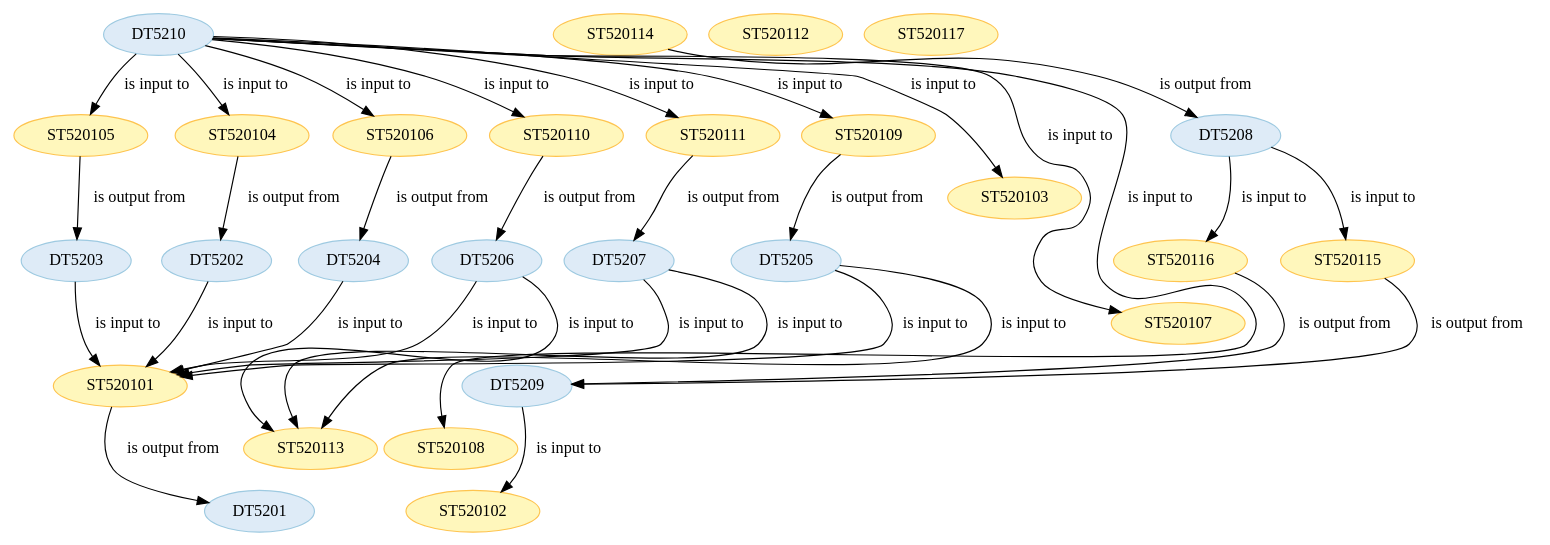
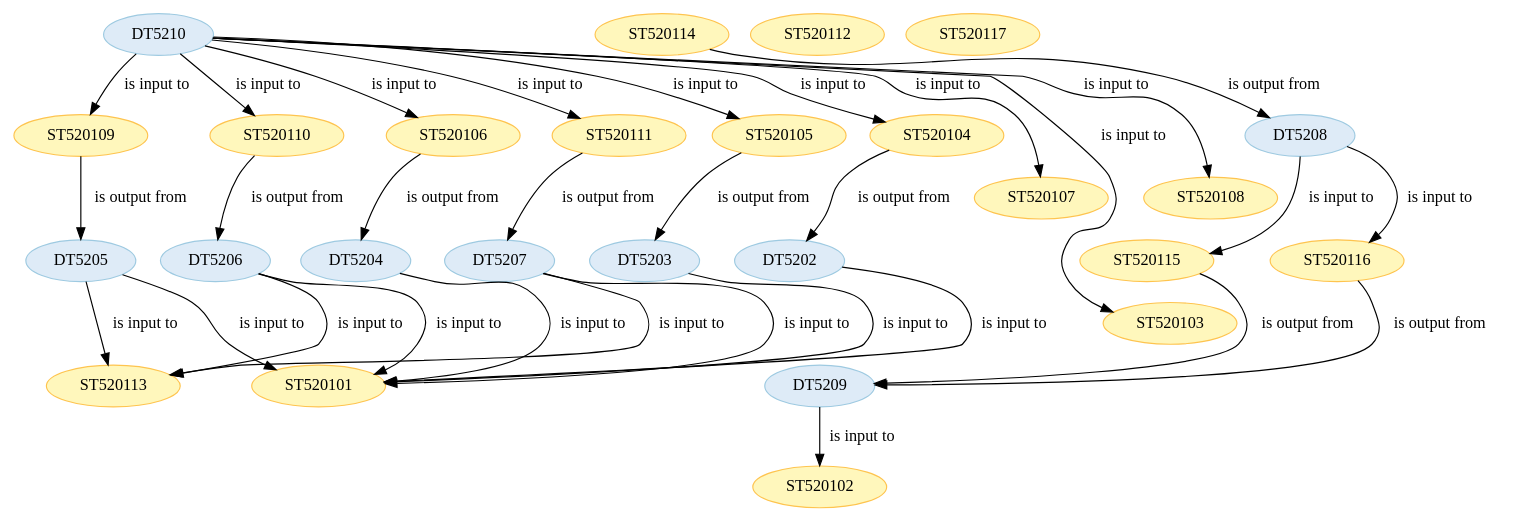
One commit to Marco-Salvi/cwl-test changed the diagram in wf5201/steps.dot. Above: the diagram before and after it, drawn with Graphviz. The commit also changed 28 other files, not shown here.

```diff
--- a/wf5201/steps.dot
+++ b/wf5201/steps.dot
@@ -1,120 +1,116 @@
 strict digraph {
 
-
-	"ST520105" [ color="2", colorscheme="ylorbr3", fillcolor="1", style="filled",  weight=0 ];
-
-	"ST520105" -> "DT5203" [ label="is output from", labeltooltip="DT5203 - is output from - ST520105",  weight=0 ];
-
-	"ST520103" [ color="2", colorscheme="ylorbr3", fillcolor="1", style="filled",  weight=0 ];
-
-	"ST520102" [ color="2", colorscheme="ylorbr3", fillcolor="1", style="filled",  weight=0 ];
-
-	"ST520104" [ color="2", colorscheme="ylorbr3", fillcolor="1", style="filled",  weight=0 ];
-
-	"ST520104" -> "DT5202" [ label="is output from", labeltooltip="DT5202 - is output from - ST520104",  weight=0 ];
-
-	"ST520106" [ color="2", colorscheme="ylorbr3", fillcolor="1", style="filled",  weight=0 ];
-
-	"ST520106" -> "DT5204" [ label="is output from", labeltooltip="DT5204 - is output from - ST520106",  weight=0 ];
-
-	"ST520110" [ color="2", colorscheme="ylorbr3", fillcolor="1", style="filled",  weight=0 ];
-
-	"ST520110" -> "DT5206" [ label="is output from", labeltooltip="DT5206 - is output from - ST520110",  weight=0 ];
-
-	"ST520112" [ color="2", colorscheme="ylorbr3", fillcolor="1", style="filled",  weight=0 ];
-
-	"DT5202" [ color="2", colorscheme="blues3", fillcolor="1", style="filled",  weight=0 ];
-
-	"DT5202" -> "ST520101" [ label="is input to", labeltooltip="DT5202 - is input to - ST520101",  weight=0 ];
-
-	"ST520117" [ color="2", colorscheme="ylorbr3", fillcolor="1", style="filled",  weight=0 ];
 
 	"DT5206" [ color="2", colorscheme="blues3", fillcolor="1", style="filled",  weight=0 ];
 
 	"DT5206" -> "ST520101" [ label="is input to", labeltooltip="DT5206 - is input to - ST520101",  weight=0 ];
 
 	"DT5206" -> "ST520113" [ label="is input to", labeltooltip="DT5206 - is input to - ST520113",  weight=0 ];
 
+	"ST520107" [ color="2", colorscheme="ylorbr3", fillcolor="1", style="filled",  weight=0 ];
+
+	"DT5208" [ color="2", colorscheme="blues3", fillcolor="1", style="filled",  weight=0 ];
+
+	"DT5208" -> "ST520115" [ label="is input to", labeltooltip="DT5208 - is input to - ST520115",  weight=0 ];
+
+	"DT5208" -> "ST520116" [ label="is input to", labeltooltip="DT5208 - is input to - ST520116",  weight=0 ];
+
+	"ST520104" [ color="2", colorscheme="ylorbr3", fillcolor="1", style="filled",  weight=0 ];
+
+	"ST520104" -> "DT5202" [ label="is output from", labeltooltip="DT5202 - is output from - ST520104",  weight=0 ];
+
+	"DT5202" [ color="2", colorscheme="blues3", fillcolor="1", style="filled",  weight=0 ];
+
+	"DT5202" -> "ST520101" [ label="is input to", labeltooltip="DT5202 - is input to - ST520101",  weight=0 ];
+
+	"ST520103" [ color="2", colorscheme="ylorbr3", fillcolor="1", style="filled",  weight=0 ];
+
+	"ST520112" [ color="2", colorscheme="ylorbr3", fillcolor="1", style="filled",  weight=0 ];
+
+	"ST520102" [ color="2", colorscheme="ylorbr3", fillcolor="1", style="filled",  weight=0 ];
+
 	"ST520111" [ color="2", colorscheme="ylorbr3", fillcolor="1", style="filled",  weight=0 ];
 
 	"ST520111" -> "DT5207" [ label="is output from", labeltooltip="DT5207 - is output from - ST520111",  weight=0 ];
+
+	"ST520114" [ color="2", colorscheme="ylorbr3", fillcolor="1", style="filled",  weight=0 ];
+
+	"ST520114" -> "DT5208" [ label="is output from", labeltooltip="DT5208 - is output from - ST520114",  weight=0 ];
+
+	"DT5204" [ color="2", colorscheme="blues3", fillcolor="1", style="filled",  weight=0 ];
+
+	"DT5204" -> "ST520101" [ label="is input to", labeltooltip="DT5204 - is input to - ST520101",  weight=0 ];
+
+	"DT5210" [ color="2", colorscheme="blues3", fillcolor="1", style="filled",  weight=0 ];
+
+	"DT5210" -> "ST520107" [ label="is input to", labeltooltip="DT5210 - is input to - ST520107",  weight=0 ];
+
+	"DT5210" -> "ST520108" [ label="is input to", labeltooltip="DT5210 - is input to - ST520108",  weight=0 ];
+
+	"DT5210" -> "ST520103" [ label="is input to", labeltooltip="DT5210 - is input to - ST520103",  weight=0 ];
+
+	"DT5210" -> "ST520111" [ label="is input to", labeltooltip="DT5210 - is input to - ST520111",  weight=0 ];
+
+	"DT5210" -> "ST520109" [ label="is input to", labeltooltip="DT5210 - is input to - ST520109",  weight=0 ];
+
+	"DT5210" -> "ST520104" [ label="is input to", labeltooltip="DT5210 - is input to - ST520104",  weight=0 ];
+
+	"DT5210" -> "ST520105" [ label="is input to", labeltooltip="DT5210 - is input to - ST520105",  weight=0 ];
+
+	"DT5210" -> "ST520106" [ label="is input to", labeltooltip="DT5210 - is input to - ST520106",  weight=0 ];
+
+	"DT5210" -> "ST520110" [ label="is input to", labeltooltip="DT5210 - is input to - ST520110",  weight=0 ];
+
+	"ST520113" [ color="2", colorscheme="ylorbr3", fillcolor="1", style="filled",  weight=0 ];
+
+	"ST520110" [ color="2", colorscheme="ylorbr3", fillcolor="1", style="filled",  weight=0 ];
+
+	"ST520110" -> "DT5206" [ label="is output from", labeltooltip="DT5206 - is output from - ST520110",  weight=0 ];
+
+	"ST520117" [ color="2", colorscheme="ylorbr3", fillcolor="1", style="filled",  weight=0 ];
+
+	"ST520101" [ color="2", colorscheme="ylorbr3", fillcolor="1", style="filled",  weight=0 ];
+
+	"ST520105" [ color="2", colorscheme="ylorbr3", fillcolor="1", style="filled",  weight=0 ];
+
+	"ST520105" -> "DT5203" [ label="is output from", labeltooltip="DT5203 - is output from - ST520105",  weight=0 ];
+
+	"DT5207" [ color="2", colorscheme="blues3", fillcolor="1", style="filled",  weight=0 ];
+
+	"DT5207" -> "ST520101" [ label="is input to", labeltooltip="DT5207 - is input to - ST520101",  weight=0 ];
+
+	"DT5207" -> "ST520113" [ label="is input to", labeltooltip="DT5207 - is input to - ST520113",  weight=0 ];
+
+	"ST520108" [ color="2", colorscheme="ylorbr3", fillcolor="1", style="filled",  weight=0 ];
+
+	"ST520115" [ color="2", colorscheme="ylorbr3", fillcolor="1", style="filled",  weight=0 ];
+
+	"ST520115" -> "DT5209" [ label="is output from", labeltooltip="DT5209 - is output from - ST520115",  weight=0 ];
+
+	"DT5203" [ color="2", colorscheme="blues3", fillcolor="1", style="filled",  weight=0 ];
+
+	"DT5203" -> "ST520101" [ label="is input to", labeltooltip="DT5203 - is input to - ST520101",  weight=0 ];
+
+	"DT5205" [ color="2", colorscheme="blues3", fillcolor="1", style="filled",  weight=0 ];
+
+	"DT5205" -> "ST520113" [ label="is input to", labeltooltip="DT5205 - is input to - ST520113",  weight=0 ];
+
+	"DT5205" -> "ST520101" [ label="is input to", labeltooltip="DT5205 - is input to - ST520101",  weight=0 ];
 
 	"DT5209" [ color="2", colorscheme="blues3", fillcolor="1", style="filled",  weight=0 ];
 
 	"DT5209" -> "ST520102" [ label="is input to", labeltooltip="DT5209 - is input to - ST520102",  weight=0 ];
 
-	"ST520107" [ color="2", colorscheme="ylorbr3", fillcolor="1", style="filled",  weight=0 ];
+	"ST520106" [ color="2", colorscheme="ylorbr3", fillcolor="1", style="filled",  weight=0 ];
+
+	"ST520106" -> "DT5204" [ label="is output from", labeltooltip="DT5204 - is output from - ST520106",  weight=0 ];
 
 	"ST520109" [ color="2", colorscheme="ylorbr3", fillcolor="1", style="filled",  weight=0 ];
 
 	"ST520109" -> "DT5205" [ label="is output from", labeltooltip="DT5205 - is output from - ST520109",  weight=0 ];
 
 	"ST520116" [ color="2", colorscheme="ylorbr3", fillcolor="1", style="filled",  weight=0 ];
 
 	"ST520116" -> "DT5209" [ label="is output from", labeltooltip="DT5209 - is output from - ST520116",  weight=0 ];
 
-	"DT5201" [ color="2", colorscheme="blues3", fillcolor="1", style="filled",  weight=0 ];
-
-	"DT5205" [ color="2", colorscheme="blues3", fillcolor="1", style="filled",  weight=0 ];
-
-	"DT5205" -> "ST520101" [ label="is input to", labeltooltip="DT5205 - is input to - ST520101",  weight=0 ];
-
-	"DT5205" -> "ST520113" [ label="is input to", labeltooltip="DT5205 - is input to - ST520113",  weight=0 ];
-
-	"DT5207" [ color="2", colorscheme="blues3", fillcolor="1", style="filled",  weight=0 ];
-
-	"DT5207" -> "ST520101" [ label="is input to", labeltooltip="DT5207 - is input to - ST520101",  weight=0 ];
-
-	"DT5207" -> "ST520113" [ label="is input to", labeltooltip="DT5207 - is input to - ST520113",  weight=0 ];
-
-	"ST520114" [ color="2", colorscheme="ylorbr3", fillcolor="1", style="filled",  weight=0 ];
-
-	"ST520114" -> "DT5208" [ label="is output from", labeltooltip="DT5208 - is output from - ST520114",  weight=0 ];
-
-	"ST520108" [ color="2", colorscheme="ylorbr3", fillcolor="1", style="filled",  weight=0 ];
-
-	"DT5204" [ color="2", colorscheme="blues3", fillcolor="1", style="filled",  weight=0 ];
-
-	"DT5204" -> "ST520101" [ label="is input to", labeltooltip="DT5204 - is input to - ST520101",  weight=0 ];
-
-	"DT5203" [ color="2", colorscheme="blues3", fillcolor="1", style="filled",  weight=0 ];
-
-	"DT5203" -> "ST520101" [ label="is input to", labeltooltip="DT5203 - is input to - ST520101",  weight=0 ];
-
-	"ST520115" [ color="2", colorscheme="ylorbr3", fillcolor="1", style="filled",  weight=0 ];
-
-	"ST520115" -> "DT5209" [ label="is output from", labeltooltip="DT5209 - is output from - ST520115",  weight=0 ];
-
-	"DT5210" [ color="2", colorscheme="blues3", fillcolor="1", style="filled",  weight=0 ];
-
-	"DT5210" -> "ST520109" [ label="is input to", labeltooltip="DT5210 - is input to - ST520109",  weight=0 ];
-
-	"DT5210" -> "ST520104" [ label="is input to", labeltooltip="DT5210 - is input to - ST520104",  weight=0 ];
-
-	"DT5210" -> "ST520111" [ label="is input to", labeltooltip="DT5210 - is input to - ST520111",  weight=0 ];
-
-	"DT5210" -> "ST520103" [ label="is input to", labeltooltip="DT5210 - is input to - ST520103",  weight=0 ];
-
-	"DT5210" -> "ST520106" [ label="is input to", labeltooltip="DT5210 - is input to - ST520106",  weight=0 ];
-
-	"DT5210" -> "ST520105" [ label="is input to", labeltooltip="DT5210 - is input to - ST520105",  weight=0 ];
-
-	"DT5210" -> "ST520107" [ label="is input to", labeltooltip="DT5210 - is input to - ST520107",  weight=0 ];
-
-	"DT5210" -> "ST520108" [ label="is input to", labeltooltip="DT5210 - is input to - ST520108",  weight=0 ];
-
-	"DT5210" -> "ST520110" [ label="is input to", labeltooltip="DT5210 - is input to - ST520110",  weight=0 ];
-
-	"DT5208" [ color="2", colorscheme="blues3", fillcolor="1", style="filled",  weight=0 ];
-
-	"DT5208" -> "ST520115" [ label="is input to", labeltooltip="DT5208 - is input to - ST520115",  weight=0 ];
-
-	"DT5208" -> "ST520116" [ label="is input to", labeltooltip="DT5208 - is input to - ST520116",  weight=0 ];
-
-	"ST520101" [ color="2", colorscheme="ylorbr3", fillcolor="1", style="filled",  weight=0 ];
-
-	"ST520101" -> "DT5201" [ label="is output from", labeltooltip="DT5201 - is output from - ST520101",  weight=0 ];
-
-	"ST520113" [ color="2", colorscheme="ylorbr3", fillcolor="1", style="filled",  weight=0 ];
-
 }
```
